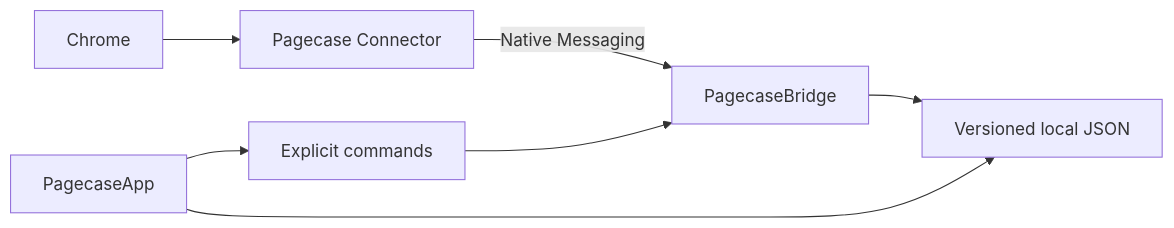
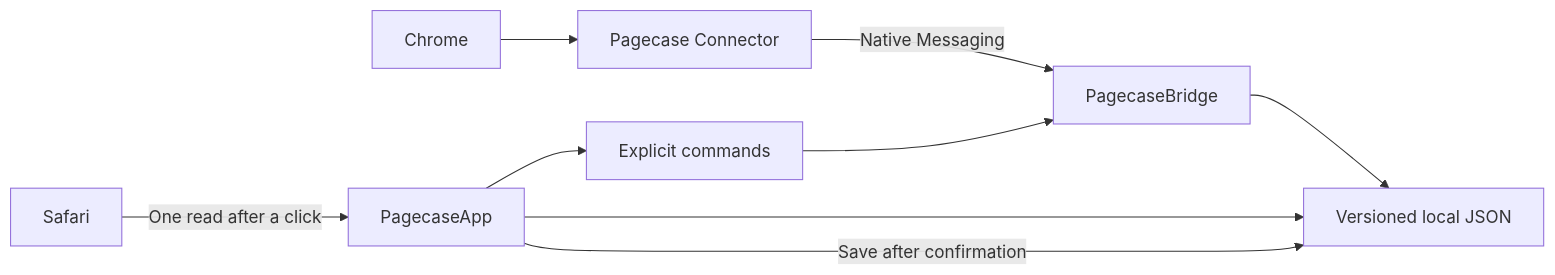
One commit to zaynzhu/Pagecase changed the diagram in README_EN.md. Above: the diagram before and after it, drawn with Mermaid. The commit also changed other lines of this file and 38 other files, not shown here.

````diff
--- a/README_EN.md
+++ b/README_EN.md
@@ -158,9 +182,11 @@
 ```mermaid
 flowchart LR
     Chrome --> Connector["Pagecase Connector"]
     Connector -->|"Native Messaging"| Bridge["PagecaseBridge"]
     Bridge --> JSON["Versioned local JSON"]
     App["PagecaseApp"] --> JSON
+    Safari -->|"One read after a click"| App
+    App -->|"Save after confirmation"| JSON
     App --> Commands["Explicit commands"]
     Commands --> Bridge
 ```
````
